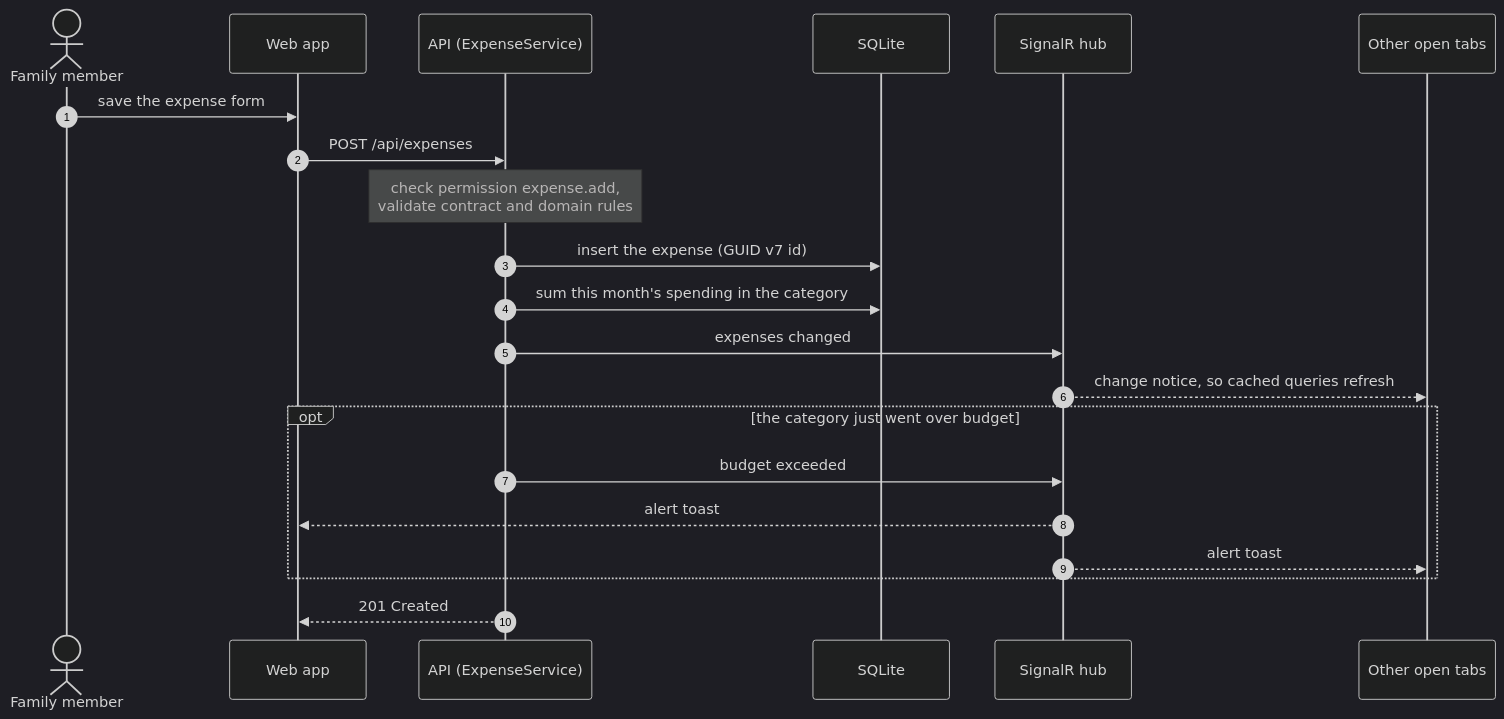
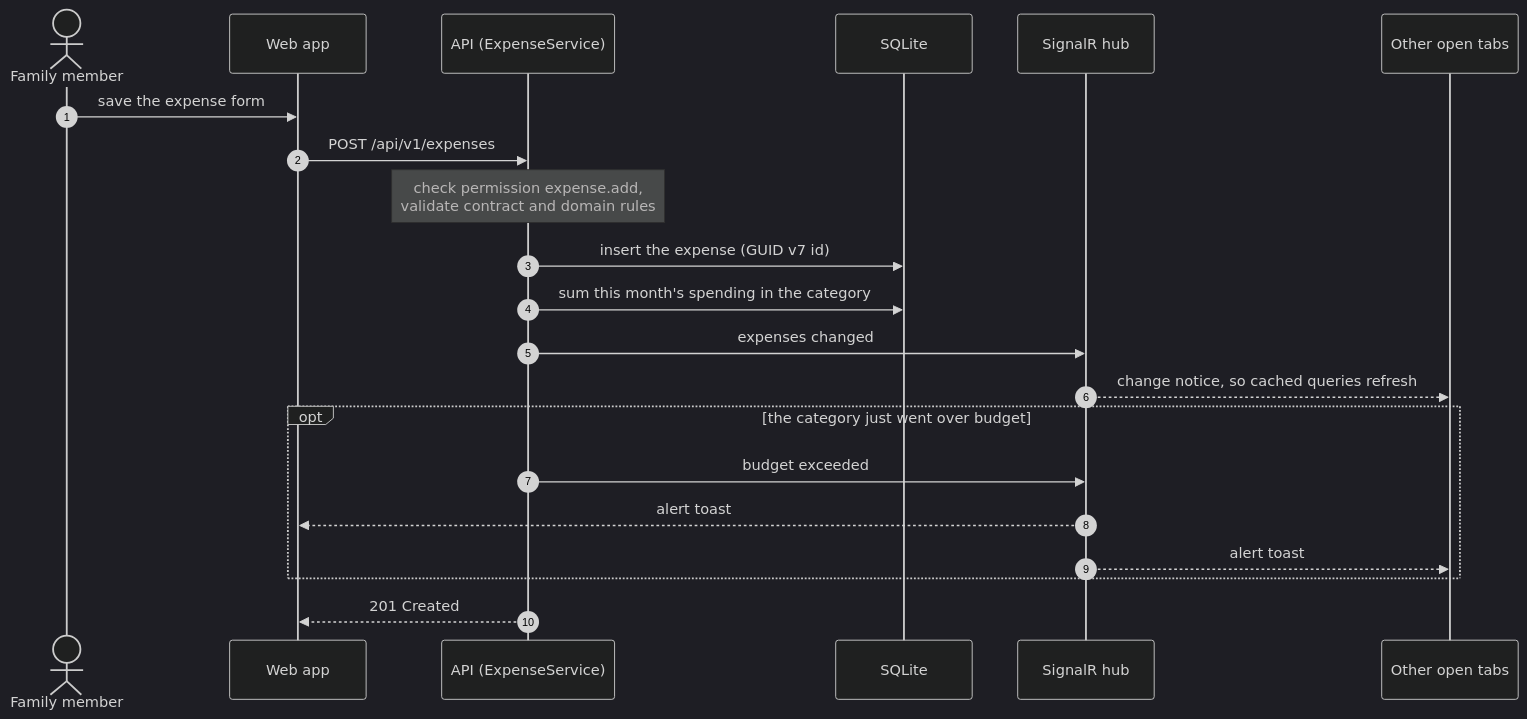
Before and after one commit to sushovan-code/Expense-Tracker: the diagram in docs/diagrams/sequence-add-expense.mmd, drawn with Mermaid (dark theme). The commit also changed 19 other files, not shown here.

```diff
--- a/docs/diagrams/sequence-add-expense.mmd
+++ b/docs/diagrams/sequence-add-expense.mmd
@@ -1,23 +1,23 @@
 %% Add an expense, with live updates and a budget alert. Claude rewrites this via /update-diagrams.
 sequenceDiagram
   autonumber
   actor U as Family member
   participant W as Web app
   participant A as API (ExpenseService)
   participant D as SQLite
   participant H as SignalR hub
   participant O as Other open tabs
 
   U->>W: save the expense form
-  W->>A: POST /api/expenses
+  W->>A: POST /api/v1/expenses
   Note over A: check permission expense.add,<br/>validate contract and domain rules
   A->>D: insert the expense (GUID v7 id)
   A->>D: sum this month's spending in the category
   A->>H: expenses changed
   H-->>O: change notice, so cached queries refresh
   opt the category just went over budget
     A->>H: budget exceeded
     H-->>W: alert toast
     H-->>O: alert toast
   end
   A-->>W: 201 Created
```
